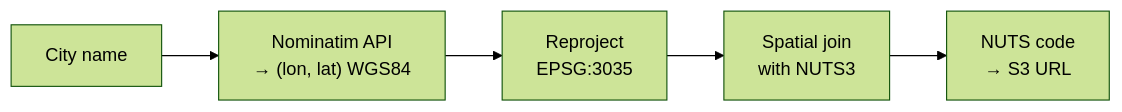
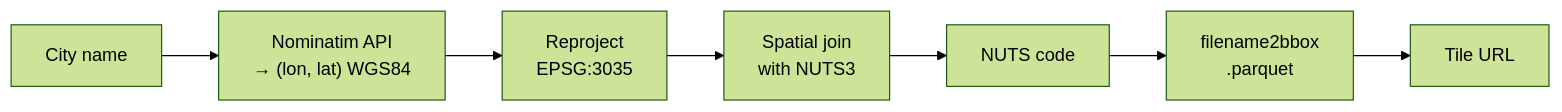
The second of 2 diagrams in 1-acquisition.qmd (AIML4OS/funathon-project3), drawn with Mermaid (forest theme) before and after one commit. The commit also changed other lines of this file and 2 other files, not shown here.

Commit message:
Change S3 location and add exercice leveraging filename2bbox.parquet

````diff
--- a/1-acquisition.qmd
+++ b/1-acquisition.qmd
@@ -502,9 +601,12 @@
 ```{mermaid}
 %%| label: fig-city-to-tile
 %%| fig-cap: "From a city name to a satellite tile URL."
+%%| eval: true
 flowchart LR
     A["City name"] --> B["Nominatim API\n→ (lon, lat) WGS84"]
     B --> C["Reproject\nEPSG:3035"]
     C --> D["Spatial join\nwith NUTS3"]
-    D --> E["NUTS code\n→ S3 URL"]
+    D --> E["NUTS code"]
+    E --> F["filename2bbox\n.parquet"]
+    F --> G["Tile URL"]
 ```
````
